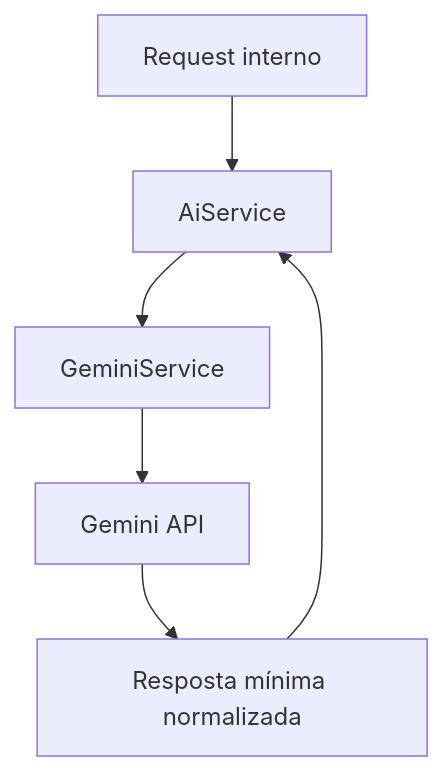
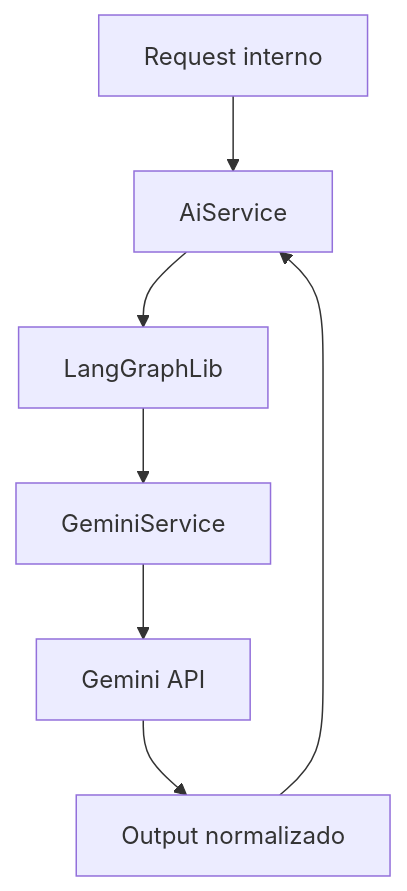
One commit to matheusdiamantino-betalent/questions-ai changed the diagram in PR 58 — Fase 2: Primeiro Consumo Funcional do Gemini no AI Service.md. Above: the diagram before and after it, drawn with Mermaid. The commit also changed other lines of this file, not shown here.

Commit message:
Update PR 58 — Fase 2: Primeiro Consumo Funcional do Gemini no AI Service.md

````diff
--- a/PR 58 — Fase 2: Primeiro Consumo Funcional do Gemini no AI Service.md
+++ b/PR 58 — Fase 2: Primeiro Consumo Funcional do Gemini no AI Service.md
@@ -88,8 +102,9 @@
 ```mermaid
 flowchart TD
     A[Request interno] --> B[AiService]
-    B --> C[GeminiService]
-    C --> D[Gemini API]
-    D --> E[Resposta mínima normalizada]
-    E --> B
+    B --> C[LangGraphLib]
+    C --> D[GeminiService]
+    D --> E[Gemini API]
+    E --> F[Output normalizado]
+    F --> B
 ```
````
